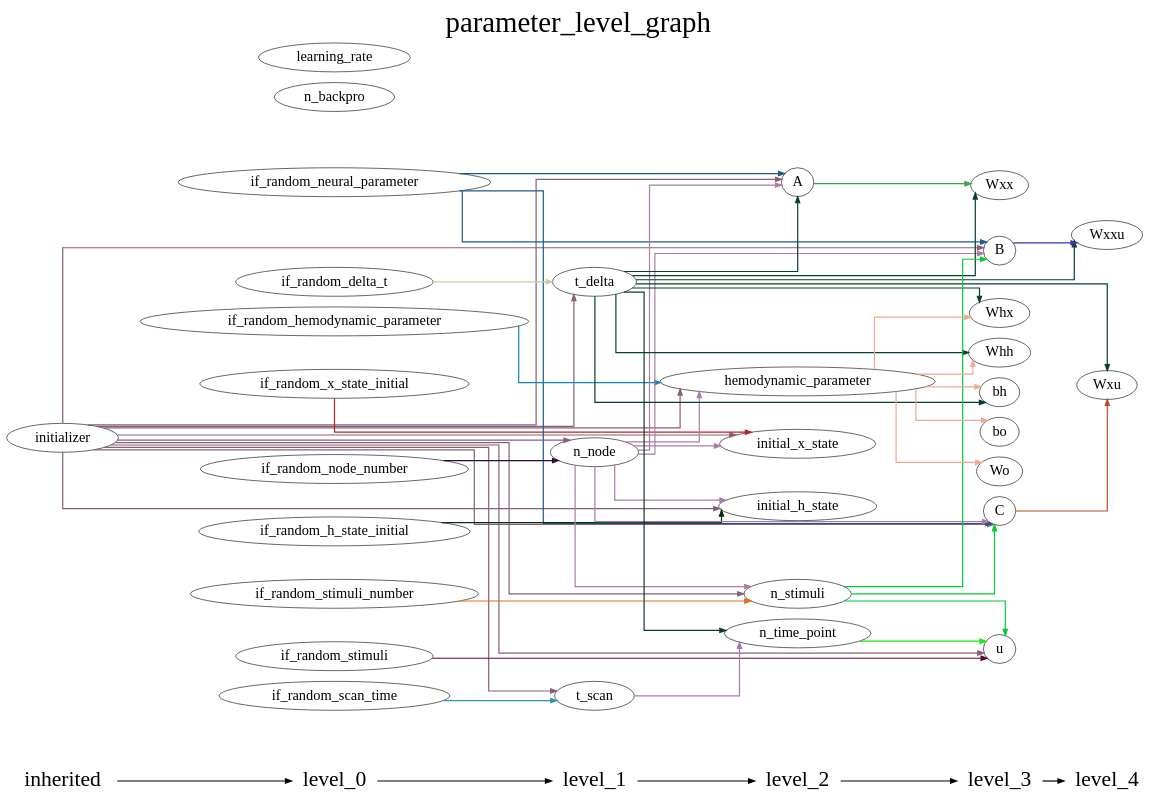
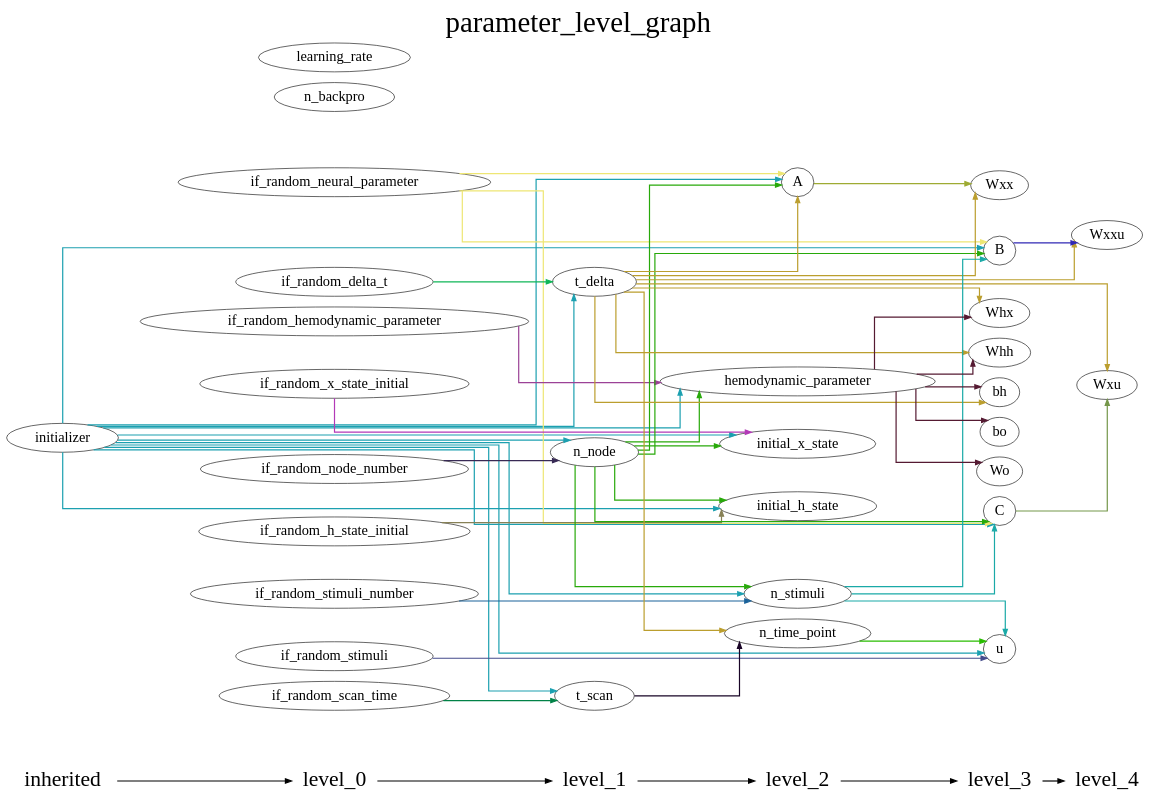
The diagram in DCM_RNN/documents/parameter_level_graph.gv (YuanWangOnward/DCM_RNN), drawn with Graphviz before and after one commit. The commit also changed 3 other files, not shown here.

```diff
--- a/DCM_RNN/documents/parameter_level_graph.gv
+++ b/DCM_RNN/documents/parameter_level_graph.gv
@@ -1,131 +1,131 @@
 digraph G {
           splines=ortho;
           fontsize = 48;
           rankdir = "LR";
           node[fontsize=24];
           edge[penwidth=2];
           {
           node [shape=plaintext fontsize=36];
           inherited -> 
           level_0 -> 
           level_1 -> 
           level_2 -> 
           level_3 -> 
           level_4
           }
           {rank = same;
           inherited;
           initializer;
           }
           {rank = same;
           level_0;
           if_random_neural_parameter;
           if_random_hemodynamic_parameter;
           if_random_x_state_initial;
           if_random_h_state_initial;
           if_random_stimuli;
           if_random_node_number;
           if_random_stimuli_number;
           if_random_delta_t;
           if_random_scan_time;
           n_backpro;
           learning_rate;
           }
           {rank = same;
           level_1;
           n_node;
           t_delta;
           t_scan;
           }
           {rank = same;
           level_2;
           n_time_point;
           n_stimuli;
           A;
           hemodynamic_parameter;
           initial_x_state;
           initial_h_state;
           }
           {rank = same;
           level_3;
           u;
           B;
           C;
           Wxx;
           Whx;
           Whh;
           bh;
           Wo;
           bo;
           }
           {rank = same;
           level_4;
           Wxxu;
           Wxu;
           }
+          hemodynamic_parameter -> Wo [color="#551A32"];
+          hemodynamic_parameter -> bh [color="#551A32"];
+          hemodynamic_parameter -> Whh [color="#551A32"];
+          hemodynamic_parameter -> bo [color="#551A32"];
+          hemodynamic_parameter -> Whx [color="#551A32"];
+          B -> Wxxu [color="#3128B5"];
+          n_stimuli -> B [color="#1AA9A7"];
+          n_stimuli -> C [color="#1AA9A7"];
+          n_stimuli -> u [color="#1AA9A7"];
+          if_random_hemodynamic_parameter -> hemodynamic_parameter [color="#9B4296"];
+          n_time_point -> u [color="#29BC01"];
+          if_random_x_state_initial -> initial_x_state [color="#B339B7"];
+          n_backpro ;
+          Wo ;
+          t_delta -> n_time_point [color="#BB9E2E"];
+          t_delta -> bh [color="#BB9E2E"];
+          t_delta -> Whh [color="#BB9E2E"];
+          t_delta -> Wxu [color="#BB9E2E"];
+          t_delta -> Wxxu [color="#BB9E2E"];
+          t_delta -> Whx [color="#BB9E2E"];
+          t_delta -> Wxx [color="#BB9E2E"];
+          t_delta -> A [color="#BB9E2E"];
+          bh ;
+          C -> Wxu [color="#75974A"];
+          Whh ;
+          if_random_h_state_initial -> initial_h_state [color="#878156"];
+          if_random_scan_time -> t_scan [color="#018247"];
+          initial_h_state ;
+          if_random_delta_t -> t_delta [color="#0EB657"];
           Wxu ;
+          learning_rate ;
+          Whx ;
+          bo ;
+          Wxxu ;
+          initial_x_state ;
+          if_random_stimuli_number -> n_stimuli [color="#1A629A"];
+          initializer -> B [color="#1CA0B0"];
+          initializer -> hemodynamic_parameter [color="#1CA0B0"];
+          initializer -> n_stimuli [color="#1CA0B0"];
+          initializer -> t_delta [color="#1CA0B0"];
+          initializer -> C [color="#1CA0B0"];
+          initializer -> initial_h_state [color="#1CA0B0"];
+          initializer -> n_node [color="#1CA0B0"];
+          initializer -> initial_x_state [color="#1CA0B0"];
+          initializer -> t_scan [color="#1CA0B0"];
+          initializer -> u [color="#1CA0B0"];
+          initializer -> A [color="#1CA0B0"];
+          t_scan -> n_time_point [color="#190426"];
+          if_random_node_number -> n_node [color="#382A55"];
+          n_node -> B [color="#28A90A"];
+          n_node -> hemodynamic_parameter [color="#28A90A"];
+          n_node -> n_stimuli [color="#28A90A"];
+          n_node -> C [color="#28A90A"];
+          n_node -> initial_h_state [color="#28A90A"];
+          n_node -> initial_x_state [color="#28A90A"];
+          n_node -> A [color="#28A90A"];
+          if_random_neural_parameter -> B [color="#EEE674"];
+          if_random_neural_parameter -> C [color="#EEE674"];
+          if_random_neural_parameter -> A [color="#EEE674"];
+          if_random_stimuli -> u [color="#434A8B"];
           Wxx ;
-          Whh ;
-          Wxxu ;
-          n_node -> initial_h_state [color="#AC7CA7"];
-          n_node -> B [color="#AC7CA7"];
-          n_node -> n_stimuli [color="#AC7CA7"];
-          n_node -> C [color="#AC7CA7"];
-          n_node -> hemodynamic_parameter [color="#AC7CA7"];
-          n_node -> initial_x_state [color="#AC7CA7"];
-          n_node -> A [color="#AC7CA7"];
-          if_random_stimuli_number -> n_stimuli [color="#E16E22"];
-          bh ;
-          if_random_stimuli -> u [color="#5B0A31"];
-          if_random_scan_time -> t_scan [color="#2B93B8"];
-          n_time_point -> u [color="#1BE812"];
-          t_delta -> bh [color="#054222"];
-          t_delta -> Wxxu [color="#054222"];
-          t_delta -> Wxx [color="#054222"];
-          t_delta -> Wxu [color="#054222"];
-          t_delta -> Whh [color="#054222"];
-          t_delta -> Whx [color="#054222"];
-          t_delta -> n_time_point [color="#054222"];
-          t_delta -> A [color="#054222"];
-          initial_h_state ;
-          B -> Wxxu [color="#3735B2"];
-          bo ;
+          A -> Wxx [color="#9EAB33"];
           u ;
-          n_stimuli -> B [color="#06C937"];
-          n_stimuli -> u [color="#06C937"];
-          n_stimuli -> C [color="#06C937"];
-          Wo ;
-          if_random_delta_t -> t_delta [color="#CBC8A5"];
-          Whx ;
-          C -> Wxu [color="#B64C20"];
-          learning_rate ;
-          if_random_h_state_initial -> initial_h_state [color="#05300C"];
-          if_random_x_state_initial -> initial_x_state [color="#BA2320"];
-          hemodynamic_parameter -> bh [color="#EEAA92"];
-          hemodynamic_parameter -> Wo [color="#EEAA92"];
-          hemodynamic_parameter -> bo [color="#EEAA92"];
-          hemodynamic_parameter -> Whh [color="#EEAA92"];
-          hemodynamic_parameter -> Whx [color="#EEAA92"];
-          initial_x_state ;
-          if_random_neural_parameter -> B [color="#1A5C89"];
-          if_random_neural_parameter -> C [color="#1A5C89"];
-          if_random_neural_parameter -> A [color="#1A5C89"];
-          if_random_hemodynamic_parameter -> hemodynamic_parameter [color="#1088B8"];
-          initializer -> n_node [color="#866077"];
-          initializer -> t_delta [color="#866077"];
-          initializer -> initial_h_state [color="#866077"];
-          initializer -> B [color="#866077"];
-          initializer -> u [color="#866077"];
-          initializer -> n_stimuli [color="#866077"];
-          initializer -> t_scan [color="#866077"];
-          initializer -> C [color="#866077"];
-          initializer -> hemodynamic_parameter [color="#866077"];
-          initializer -> initial_x_state [color="#866077"];
-          initializer -> A [color="#866077"];
-          t_scan -> n_time_point [color="#AB75B7"];
-          A -> Wxx [color="#3AA348"];
-          n_backpro ;
-          if_random_node_number -> n_node [color="#2A0B47"];
           labelloc = "t";
           label = "parameter_level_graph";
 }
```
